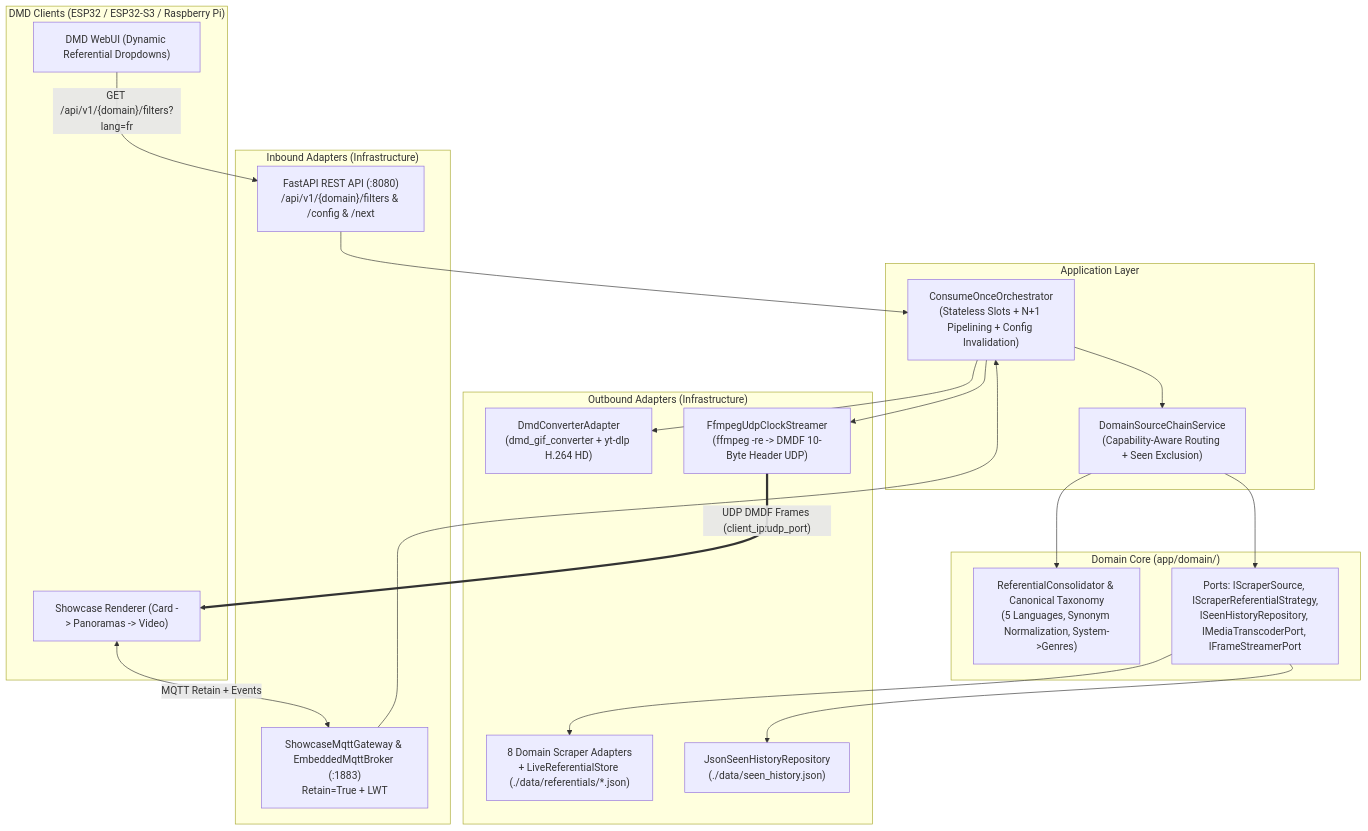
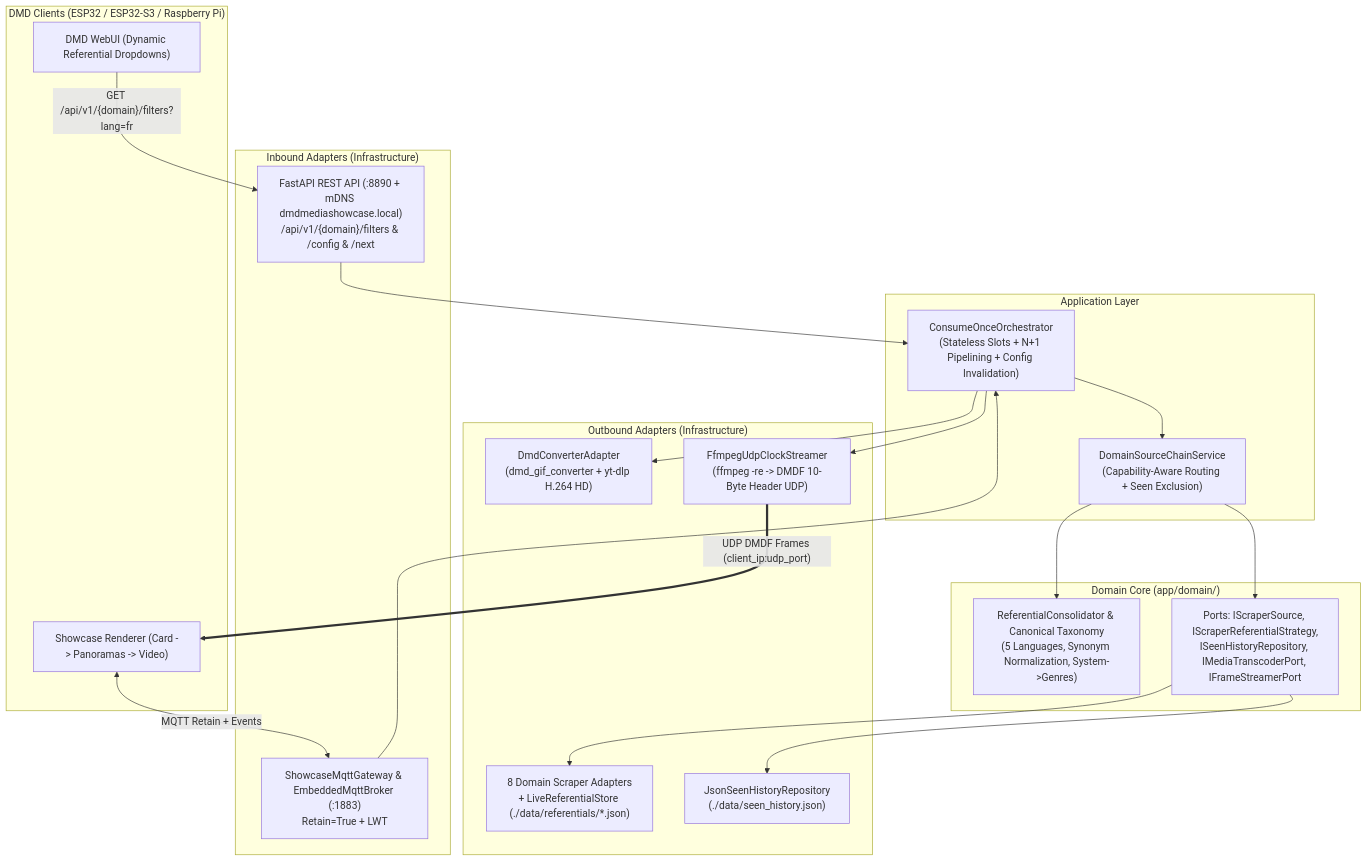
The first of 2 diagrams in docs/ARCHITECTURE.md (red77290/dmd_media_showcase), drawn with Mermaid before and after one commit. The commit also changed 33 other files, not shown here.

````diff
--- a/docs/ARCHITECTURE.md
+++ b/docs/ARCHITECTURE.md
@@ -12,42 +12,42 @@
 ```mermaid
 flowchart TD
     subgraph DMD["DMD Clients (ESP32 / ESP32-S3 / Raspberry Pi)"]
         WUI["DMD WebUI (Dynamic Referential Dropdowns)"]
         ENG["Showcase Renderer (Card -> Panoramas -> Video)"]
     end
 
     subgraph INFRA_IN["Inbound Adapters (Infrastructure)"]
-        HTTP["FastAPI REST API (:8080)\n/api/v1/{domain}/filters & /config & /next"]
+        HTTP["FastAPI REST API (:8890 + mDNS dmdmediashowcase.local)\n/api/v1/{domain}/filters & /config & /next"]
         MQTT["ShowcaseMqttGateway & EmbeddedMqttBroker (:1883)\nRetain=True + LWT"]
     end
 
     subgraph APP["Application Layer"]
         ORCH["ConsumeOnceOrchestrator\n(Stateless Slots + N+1 Pipelining + Config Invalidation)"]
         CHAIN["DomainSourceChainService\n(Capability-Aware Routing + Seen Exclusion)"]
     end
 
     subgraph DOMAIN["Domain Core (app/domain/)"]
         TAX["ReferentialConsolidator & Canonical Taxonomy\n(5 Languages, Synonym Normalization, System->Genres)"]
         PORTS["Ports: IScraperSource, IScraperReferentialStrategy,\nISeenHistoryRepository, IMediaTranscoderPort, IFrameStreamerPort"]
     end
 
     subgraph INFRA_OUT["Outbound Adapters (Infrastructure)"]
         SCRAPERS["8 Domain Scraper Adapters\n+ LiveReferentialStore (./data/referentials/*.json)"]
         SEEN["JsonSeenHistoryRepository\n(./data/seen_history.json)"]
         CONV["DmdConverterAdapter\n(dmd_gif_converter + yt-dlp H.264 HD)"]
         UDP["FfmpegUdpClockStreamer\n(ffmpeg -re -> DMDF 10-Byte Header UDP)"]
     end
 
     WUI -->|"GET /api/v1/{domain}/filters?lang=fr"| HTTP
     ENG <-->|"MQTT Retain + Events"| MQTT
     HTTP --> ORCH
     MQTT --> ORCH
     ORCH --> CHAIN
     ORCH --> CONV
     ORCH --> UDP
     CHAIN --> TAX
     CHAIN --> PORTS
     PORTS --> SCRAPERS
     PORTS --> SEEN
     UDP ==>|"UDP DMDF Frames (client_ip:udp_port)"| ENG
 ```
````
